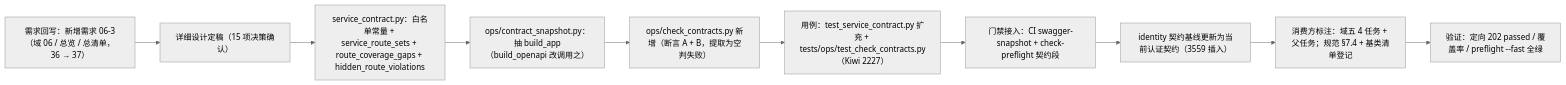
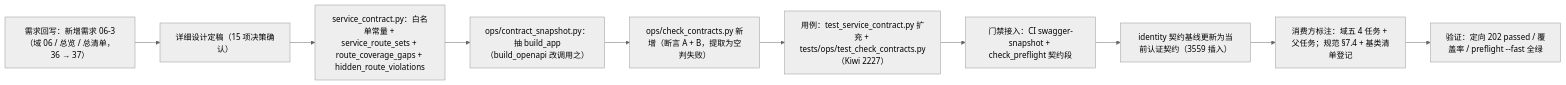
One commit to minjian123/basic-management-system changed the diagram in bms文档/项目/06_认证与安全/任务/06_契约与模块请求能力/06_契约与模块请求能力_01_认证契约快照与前端类型生成/实施/01_实施_01_认证契约快照与前端类型生成.md. Above: the diagram before and after it, drawn with Mermaid (neutral theme). The commit also changed other lines of this file and 919 other files, not shown here.

````diff
--- a/bms文档/项目/06_认证与安全/任务/06_契约与模块请求能力/06_契约与模块请求能力_01_认证契约快照与前端类型生成/实施/01_实施_01_认证契约快照与前端类型生成.md
+++ b/bms文档/项目/06_认证与安全/任务/06_契约与模块请求能力/06_契约与模块请求能力_01_认证契约快照与前端类型生成/实施/01_实施_01_认证契约快照与前端类型生成.md
@@ -22,12 +22,12 @@
 ```mermaid
 flowchart LR
     A["需求回写：新增需求 06-3（域 06 / 总览 / 总清单，36 → 37）"] --> B["详细设计定稿（15 项决策确认）"]
     B --> C["service_contract.py：白名单常量 + service_route_sets + route_coverage_gaps + hidden_route_violations"]
     C --> D["ops/contract_snapshot.py：抽 build_app（build_openapi 改调用之）"]
     D --> E["ops/check_contracts.py 新增（断言 A + B，提取为空判失败）"]
     E --> F["用例：test_service_contract.py 扩充 + tests/ops/test_check_contracts.py（Kiwi 2227）"]
-    F --> G["门禁接入：CI swagger-snapshot + check-preflight 契约段"]
+    F --> G["门禁接入：CI swagger-snapshot + check_preflight 契约段"]
     G --> H["identity 契约基线更新为当前认证契约（3559 插入）"]
     H --> I["消费方标注：域五 4 任务 + 父任务；规范 §7.4 + 基类清单登记"]
     I --> J["验证：定向 202 passed / 覆盖率 / preflight --fast 全绿"]
 ```
````
